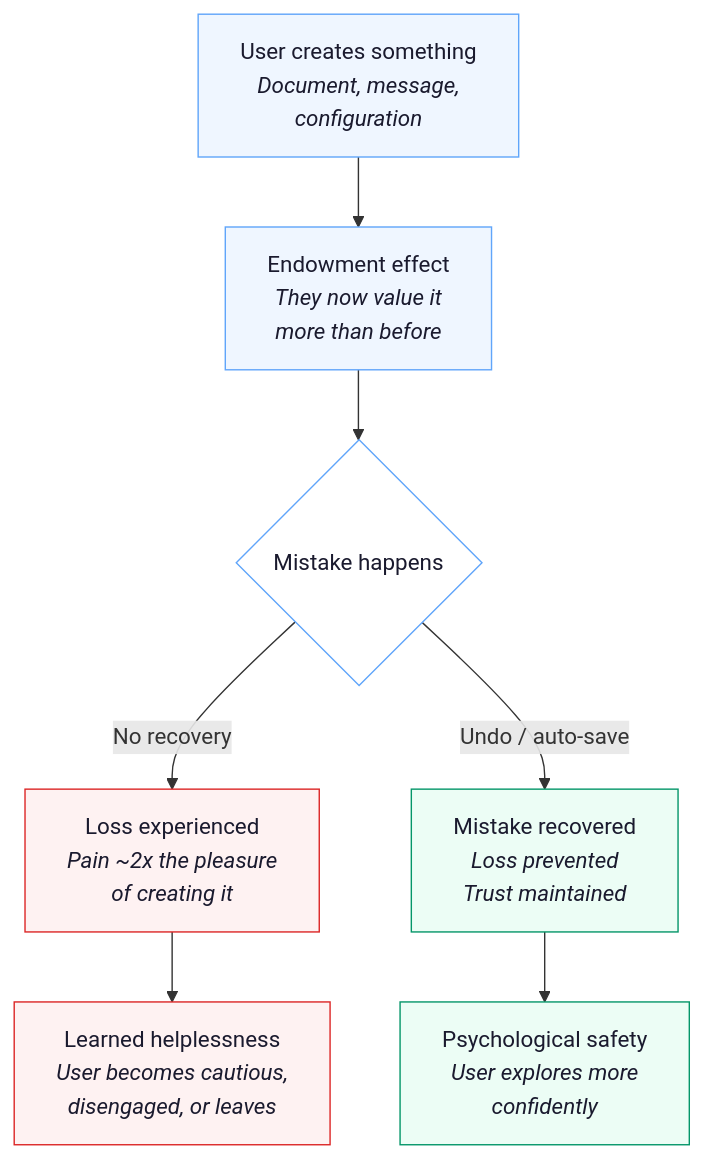
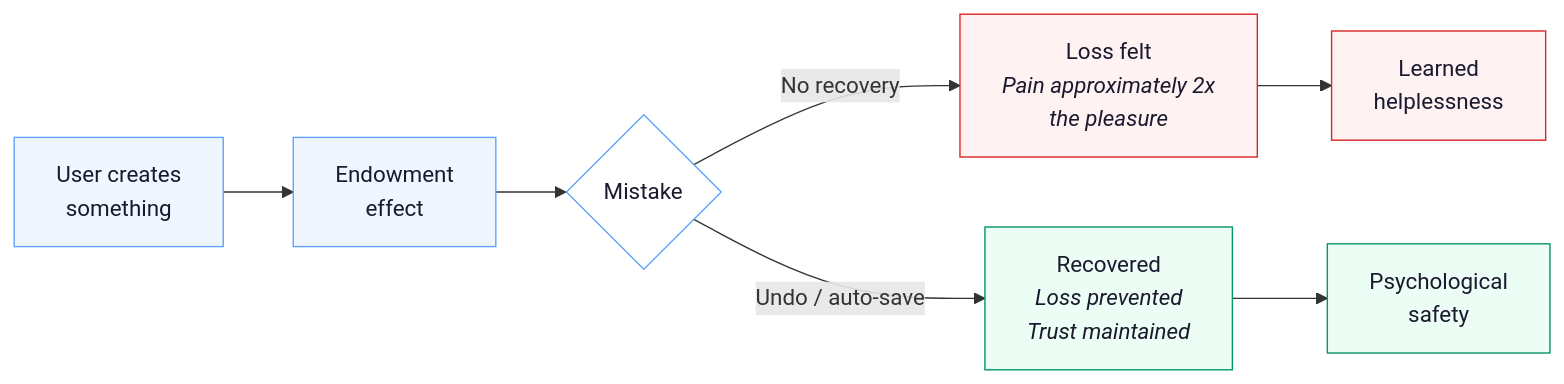
The diagram in content/books/small-mercies/images/fig-10.1-loss-aversion-in-interface-design.mmd (mugglemagic/markbasford.co.uk), drawn with Mermaid before and after one commit. The commit also changed 14 other files, not shown here.

Commit message:
Add PDF generation scripts and update figure layouts for "Small Mercies"

```diff
--- a/content/books/small-mercies/images/fig-10.1-loss-aversion-in-interface-design.mmd
+++ b/content/books/small-mercies/images/fig-10.1-loss-aversion-in-interface-design.mmd
@@ -1,15 +1,15 @@
-graph TD
-    A["User creates something<br/><em>Document, message,<br/>configuration</em>"] --> B["Endowment effect<br/><em>They now value it<br/>more than before</em>"]
-    B --> C{"Mistake happens"}
-    C -->|"No recovery"| D["Loss experienced<br/><em>Pain ~2x the pleasure<br/>of creating it</em>"]
-    C -->|"Undo / auto-save"| E["Mistake recovered<br/><em>Loss prevented<br/>Trust maintained</em>"]
-    D --> F["Learned helplessness<br/><em>User becomes cautious,<br/>disengaged, or leaves</em>"]
-    E --> G["Psychological safety<br/><em>User explores more<br/>confidently</em>"]
+graph LR
+    A["User creates<br/>something"] --> B["Endowment<br/>effect"]
+    B --> C{"Mistake"}
+    C -->|"No recovery"| D["Loss felt<br/><em>Pain approximately 2x<br/>the pleasure</em>"]
+    C -->|"Undo / auto-save"| E["Recovered<br/><em>Loss prevented<br/>Trust maintained</em>"]
+    D --> F["Learned<br/>helplessness"]
+    E --> G["Psychological<br/>safety"]
 
     style A fill:#eff6ff,stroke:#60A5FA,color:#1a1a2e
     style B fill:#eff6ff,stroke:#60A5FA,color:#1a1a2e
     style C fill:#fff,stroke:#60A5FA,color:#1a1a2e
     style D fill:#fef2f2,stroke:#dc2626,color:#1a1a2e
     style E fill:#ecfdf5,stroke:#059669,color:#1a1a2e
     style F fill:#fef2f2,stroke:#dc2626,color:#1a1a2e
     style G fill:#ecfdf5,stroke:#059669,color:#1a1a2e
```
